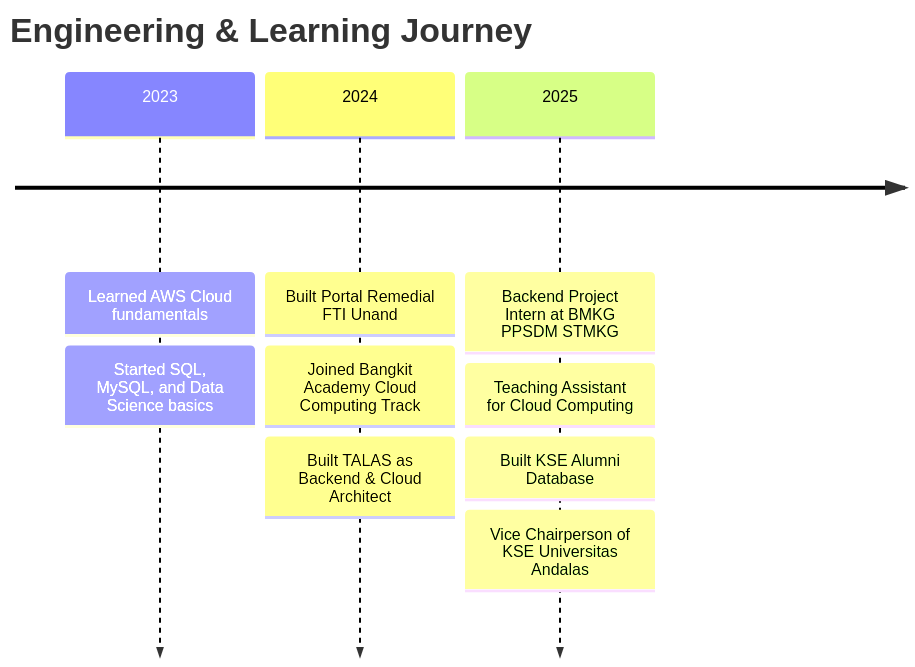
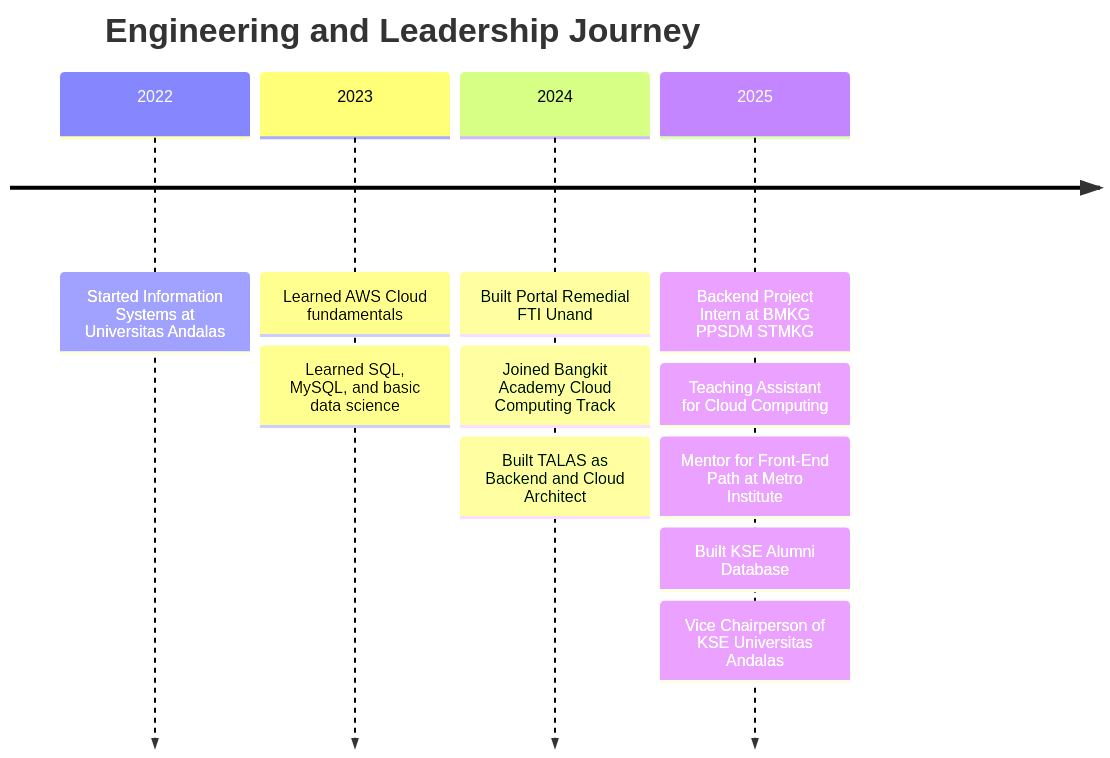
Before and after one commit to Ilhamnofaldi/Ilhamnofaldi: the fifth of 6 diagrams in README.md, drawn with Mermaid. The commit also changed other lines of this file, not shown here.

````diff
--- a/README.md
+++ b/README.md
@@ -260,13 +334,15 @@
 ```mermaid
 timeline
-    title Engineering & Learning Journey
+    title Engineering and Leadership Journey
+    2022 : Started Information Systems at Universitas Andalas
     2023 : Learned AWS Cloud fundamentals
-         : Started SQL, MySQL, and Data Science basics
+         : Learned SQL, MySQL, and basic data science
     2024 : Built Portal Remedial FTI Unand
          : Joined Bangkit Academy Cloud Computing Track
-         : Built TALAS as Backend & Cloud Architect
+         : Built TALAS as Backend and Cloud Architect
     2025 : Backend Project Intern at BMKG PPSDM STMKG
          : Teaching Assistant for Cloud Computing
+         : Mentor for Front-End Path at Metro Institute
          : Built KSE Alumni Database
          : Vice Chairperson of KSE Universitas Andalas
 ```
````
